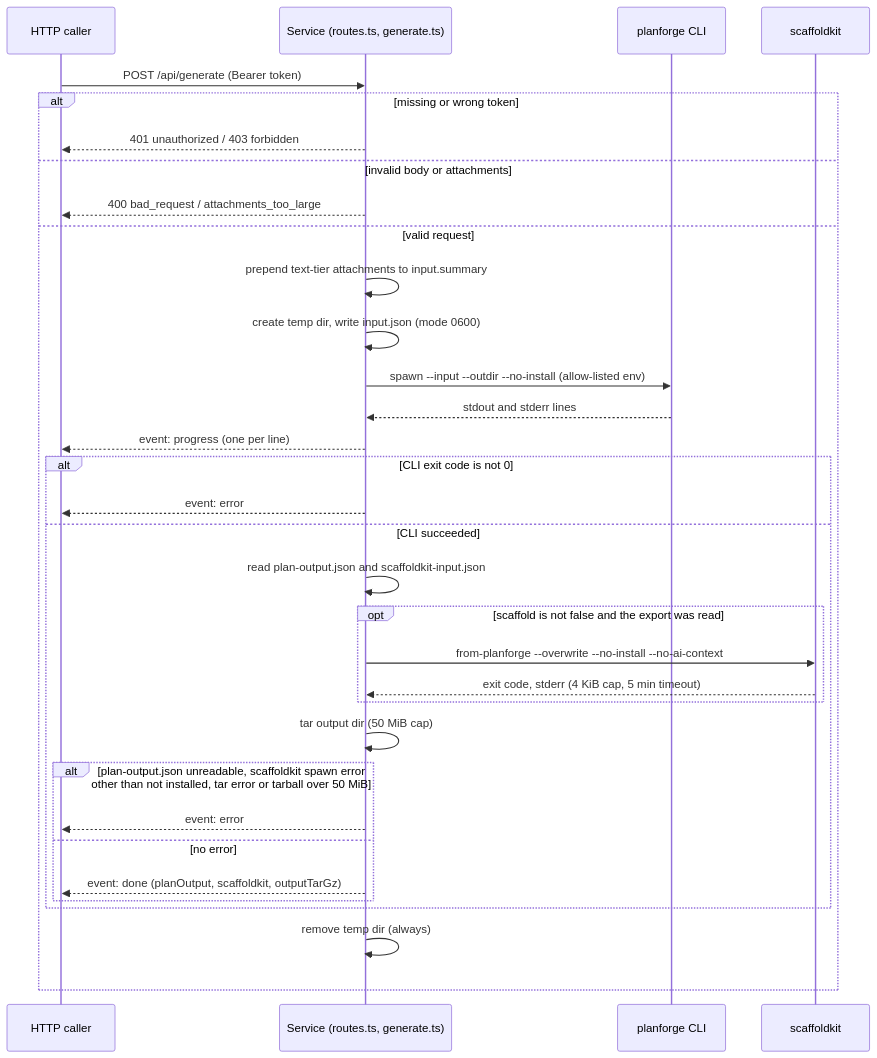
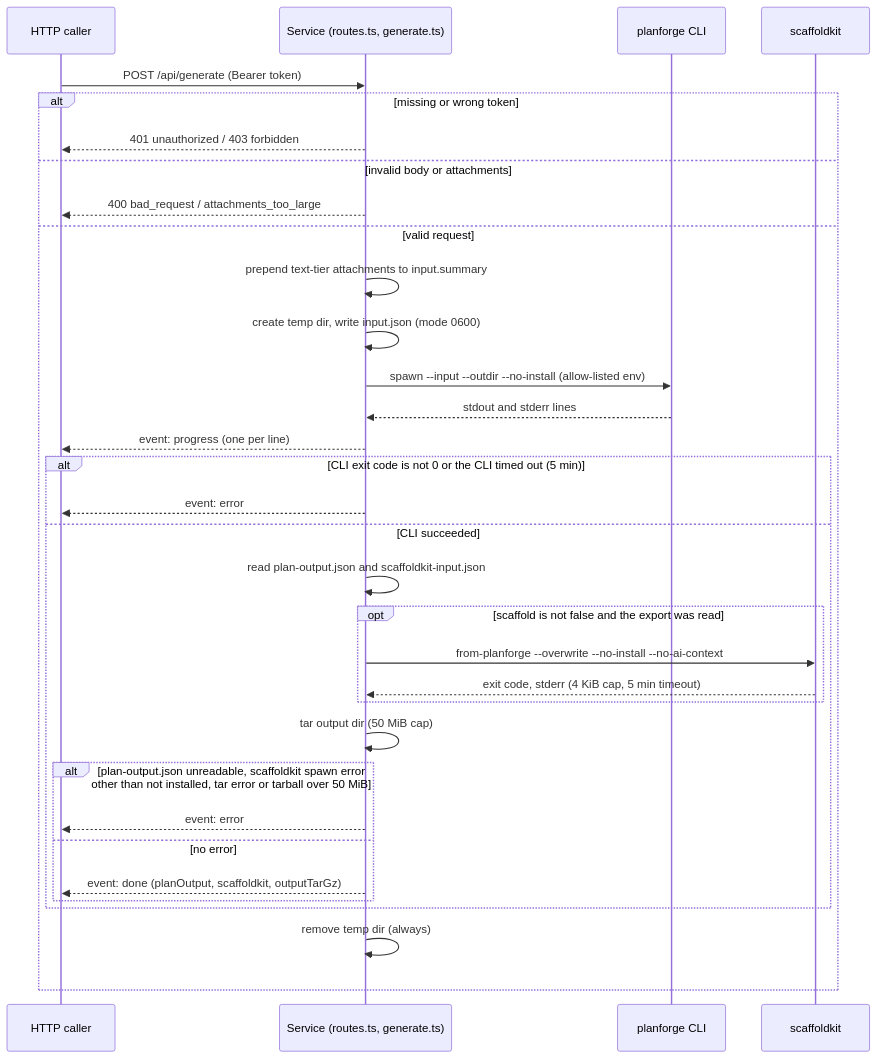
One commit to LanNguyenSi/agent-planforge changed the diagram in server/README.md. Above: the diagram before and after it, drawn with Mermaid. The commit also changed other lines of this file and 5 other files, not shown here.

````diff
--- a/server/README.md
+++ b/server/README.md
@@ -73,35 +73,35 @@
 ```mermaid
 sequenceDiagram
   participant C as HTTP caller
   participant S as Service (routes.ts, generate.ts)
   participant P as planforge CLI
   participant K as scaffoldkit
   C->>S: POST /api/generate (Bearer token)
   alt missing or wrong token
     S-->>C: 401 unauthorized / 403 forbidden
   else invalid body or attachments
     S-->>C: 400 bad_request / attachments_too_large
   else valid request
     S->>S: prepend text-tier attachments to input.summary
     S->>S: create temp dir, write input.json (mode 0600)
     S->>P: spawn --input --outdir --no-install (allow-listed env)
     P-->>S: stdout and stderr lines
     S-->>C: event: progress (one per line)
-    alt CLI exit code is not 0
+    alt CLI exit code is not 0 or the CLI timed out (5 min)
       S-->>C: event: error
     else CLI succeeded
       S->>S: read plan-output.json and scaffoldkit-input.json
       opt scaffold is not false and the export was read
         S->>K: from-planforge --overwrite --no-install --no-ai-context
         K-->>S: exit code, stderr (4 KiB cap, 5 min timeout)
       end
       S->>S: tar output dir (50 MiB cap)
       alt plan-output.json unreadable, scaffoldkit spawn error<br/>other than not installed, tar error or tarball over 50 MiB
         S-->>C: event: error
       else no error
         S-->>C: event: done (planOutput, scaffoldkit, outputTarGz)
       end
     end
     S->>S: remove temp dir (always)
   end
 ```
````
